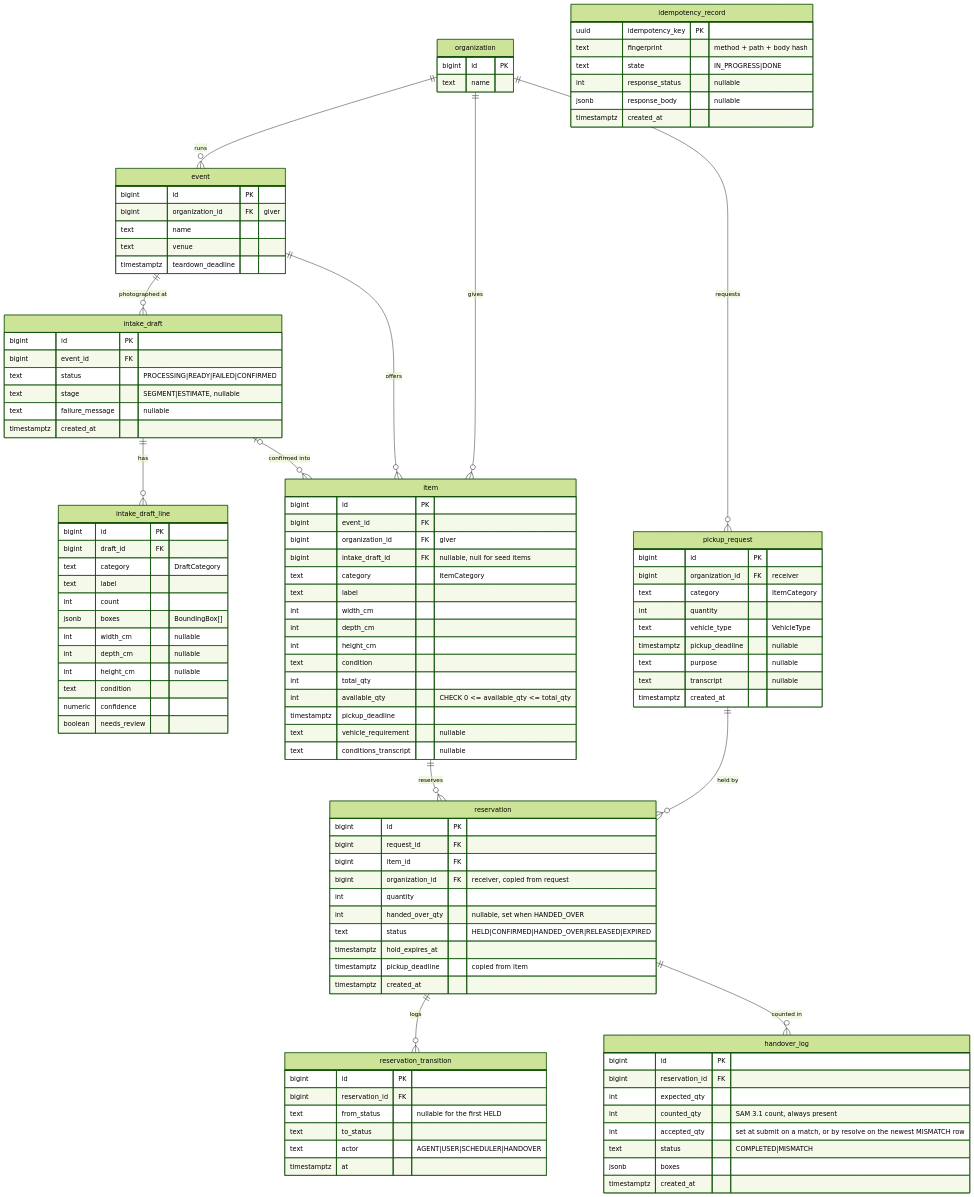
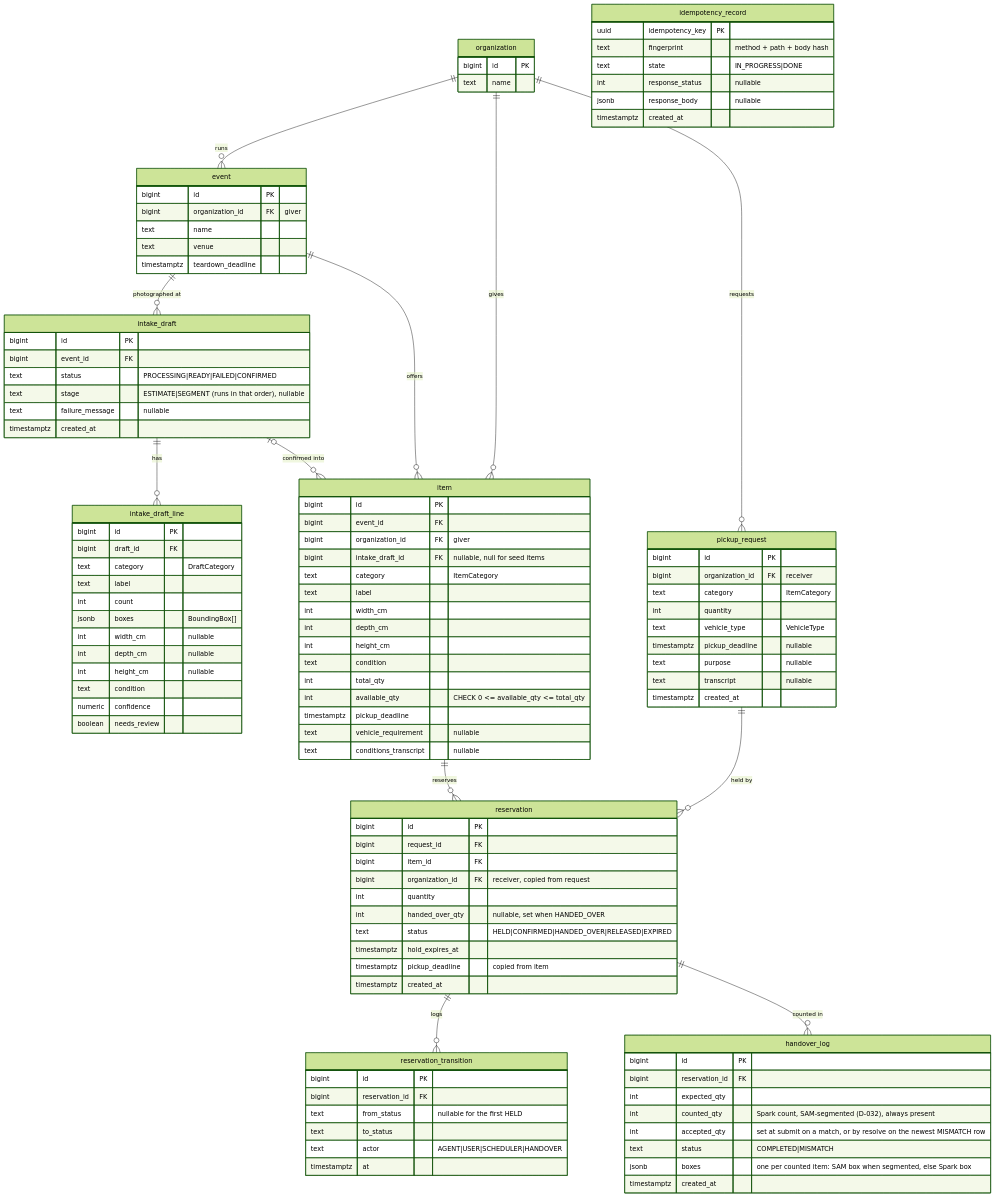
One commit to afterbooth/after-booth changed the diagram in docs/ERD.md. Above: the diagram before and after it, drawn with Mermaid (forest theme). The commit also changed other lines of this file and 8 other files, not shown here.

First line of the commit message:
feat(contract)!: spark counts, sam segments from boxes, wav-only audio (#29)

```diff
--- a/docs/ERD.md
+++ b/docs/ERD.md
@@ -31,7 +31,7 @@
         bigint id PK
         bigint event_id FK
         text status "PROCESSING|READY|FAILED|CONFIRMED"
-        text stage "SEGMENT|ESTIMATE, nullable"
+        text stage "ESTIMATE|SEGMENT (runs in that order), nullable"
         text failure_message "nullable"
         timestamptz created_at
     }
@@ -101,10 +101,10 @@
         bigint id PK
         bigint reservation_id FK
         int expected_qty
-        int counted_qty "SAM 3.1 count, always present"
+        int counted_qty "Spark count, SAM-segmented (D-032), always present"
         int accepted_qty "set at submit on a match, or by resolve on the newest MISMATCH row"
         text status "COMPLETED|MISMATCH"
-        jsonb boxes
+        jsonb boxes "one per counted item: SAM box when segmented, else Spark box"
         timestamptz created_at
     }
     idempotency_record {
```
